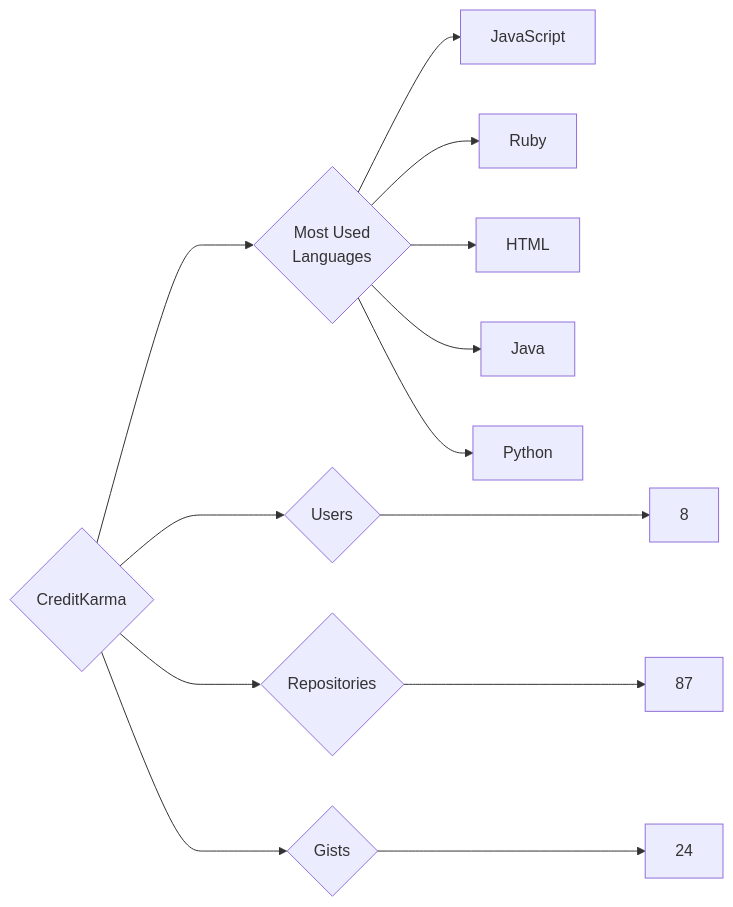
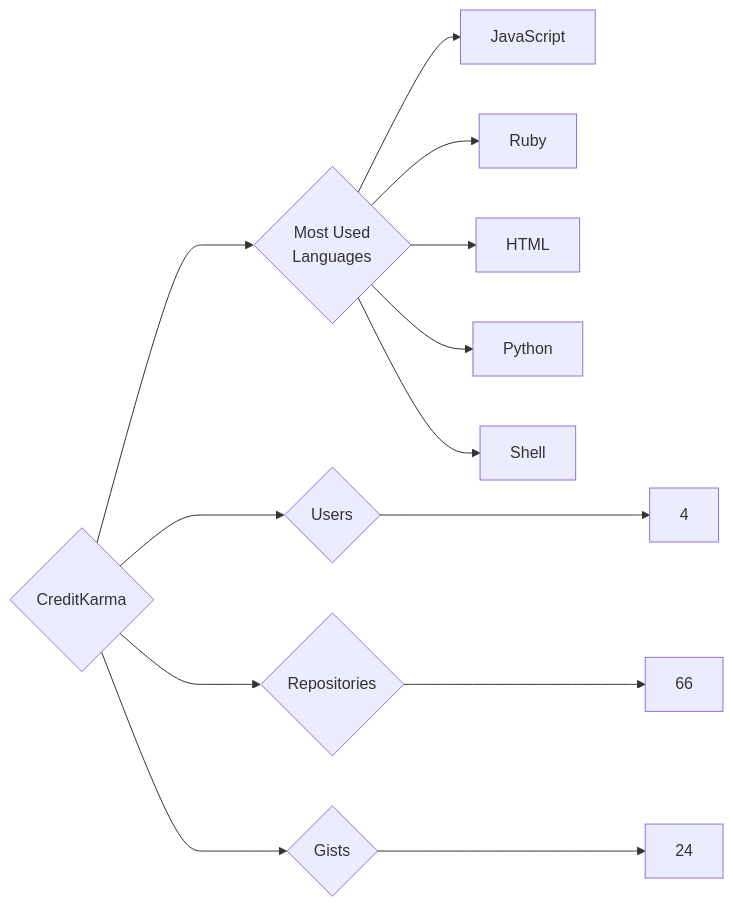
The diagram in targets/CreditKarma/README.md (trickest/insiders), drawn with Mermaid before and after one commit. The commit also changed 865 other files, not shown here.

````diff
--- a/targets/CreditKarma/README.md
+++ b/targets/CreditKarma/README.md
@@ -3,13 +3,13 @@
 ```mermaid
 graph LR
 COMPANY_NAME{CreditKarma}
-COMPANY_NAME ---> U{Users} ---> UN[8]
-COMPANY_NAME ---> R{Repositories} ---> RN[87]
+COMPANY_NAME ---> U{Users} ---> UN[4]
+COMPANY_NAME ---> R{Repositories} ---> RN[66]
 COMPANY_NAME ---> G{Gists} ---> GN[24]
 COMPANY_NAME ---> ML{Most Used<br>Languages}
 ML --> JavaScript[JavaScript]
 ML --> Ruby[Ruby]
 ML --> HTML[HTML]
-ML --> Java[Java]
 ML --> Python[Python]
+ML --> Shell[Shell]
 ```
````
